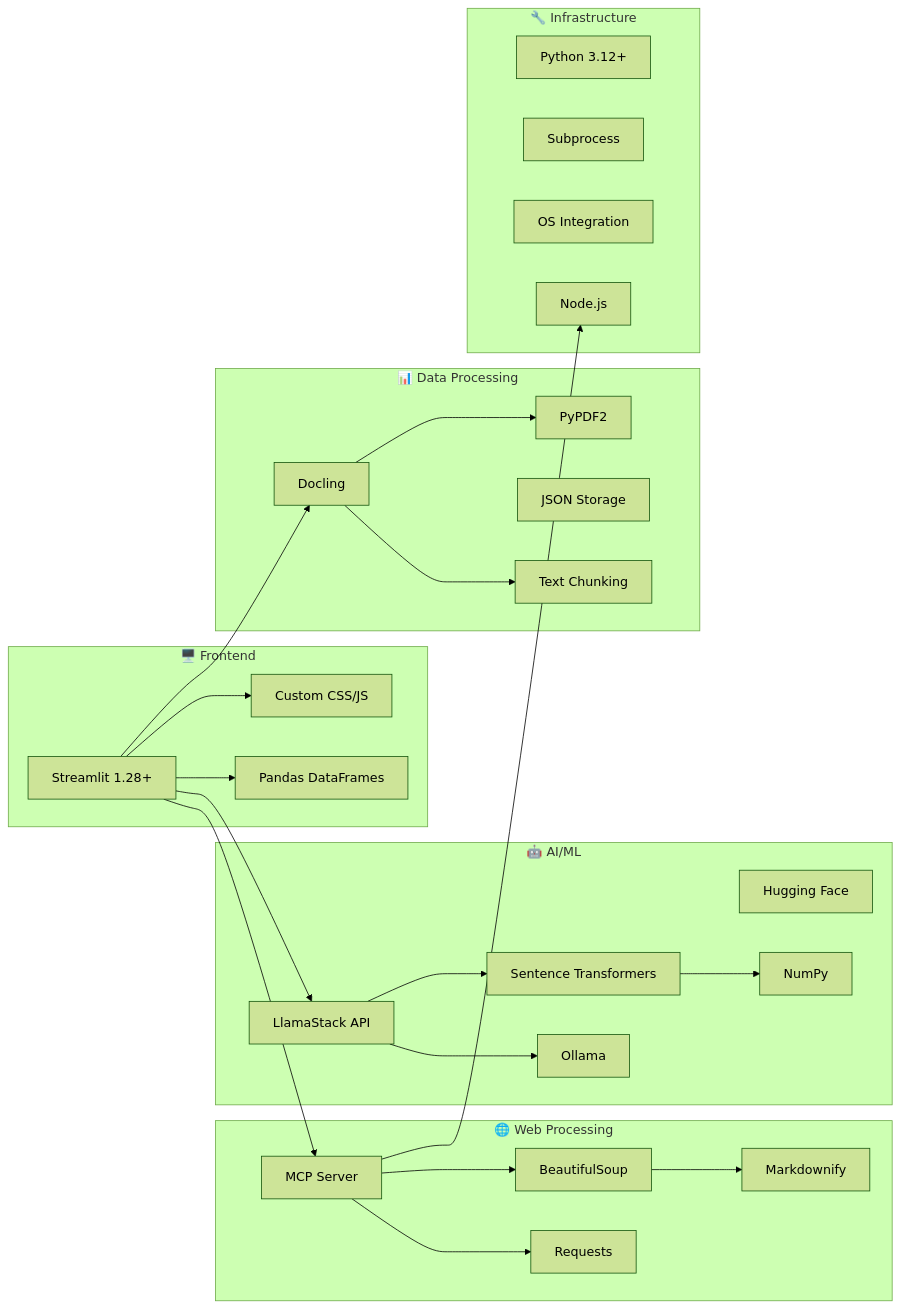
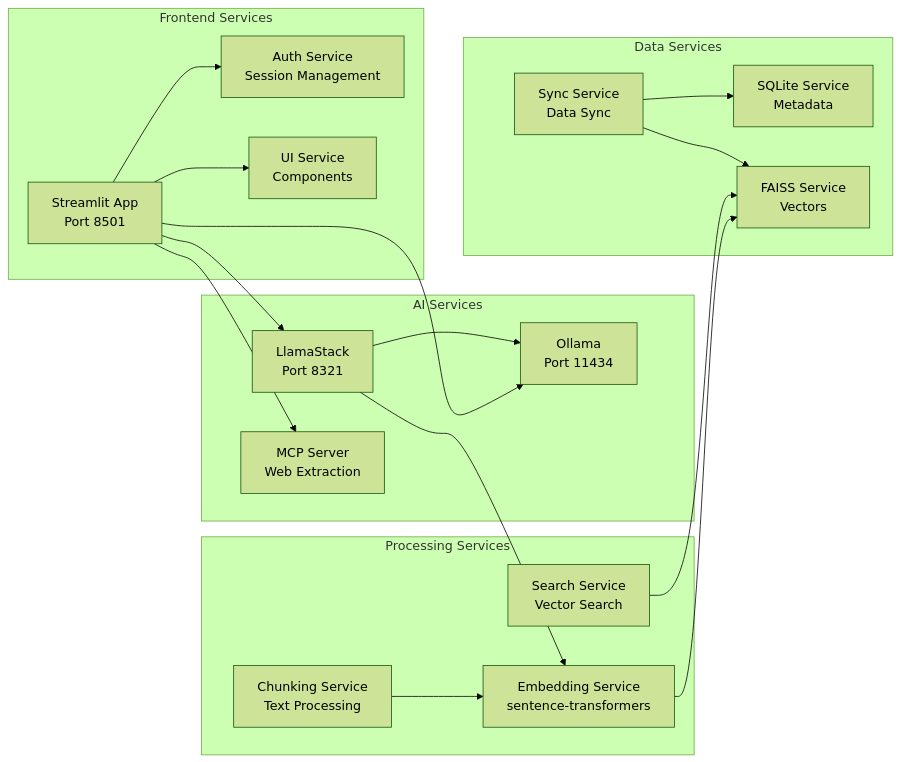
Before and after one commit to abhijeet-dhumal/llama-stack-rag: the fifth of 15 diagrams in README.md, drawn with Mermaid (forest theme). The commit also changed other lines of this file and 3 other files, not shown here.

````diff
--- a/README.md
+++ b/README.md
@@ -218,52 +380,39 @@
 ```mermaid
 graph LR
-    subgraph "🖥️ Frontend"
-        ST[Streamlit 1.28+]
-        CSS[Custom CSS/JS]
-        PD[Pandas DataFrames]
+    subgraph "Frontend Services"
+        STREAMLIT[Streamlit App<br/>Port 8501]
+        AUTH_SERVICE[Auth Service<br/>Session Management]
+        UI_SERVICE[UI Service<br/>Components]
     end
     
-    subgraph "🌐 Web Processing"
-        MCP[MCP Server]
-        BS[BeautifulSoup]
-        REQ[Requests]
-        MD[Markdownify]
+    subgraph "AI Services"
+        LLAMASTACK[LlamaStack<br/>Port 8321]
+        OLLAMA[Ollama<br/>Port 11434]
+        MCP_SERVER[MCP Server<br/>Web Extraction]
     end
     
-    subgraph "🤖 AI/ML"
-        LS[LlamaStack API]
-        ST_EMB[Sentence Transformers]
-        OL[Ollama]
-        HF[Hugging Face]
-        NP[NumPy]
+    subgraph "Data Services"
+        SQLITE_SERVICE[SQLite Service<br/>Metadata]
+        FAISS_SERVICE[FAISS Service<br/>Vectors]
+        SYNC_SERVICE[Sync Service<br/>Data Sync]
     end
     
-    subgraph "📊 Data Processing"
-        DOC[Docling]
-        PDF[PyPDF2]
-        JSON[JSON Storage]
-        CHUNK[Text Chunking]
+    subgraph "Processing Services"
+        EMBED_SERVICE[Embedding Service<br/>sentence-transformers]
+        CHUNK_SERVICE[Chunking Service<br/>Text Processing]
+        SEARCH_SERVICE[Search Service<br/>Vector Search]
     end
     
-    subgraph "🔧 Infrastructure"
-        PY[Python 3.12+]
-        SUB[Subprocess]
-        OS[OS Integration]
-        NODE[Node.js]
-    end
-    
-    ST --> LS
-    ST --> CSS
-    ST --> PD
-    ST --> MCP
-    MCP --> BS
-    MCP --> REQ
-    BS --> MD
-    LS --> ST_EMB
-    LS --> OL
-    ST_EMB --> NP
-    DOC --> PDF
-    DOC --> CHUNK
-    ST --> DOC
-    MCP --> NODE
+    STREAMLIT --> AUTH_SERVICE
+    STREAMLIT --> UI_SERVICE
+    STREAMLIT --> LLAMASTACK
+    STREAMLIT --> OLLAMA
+    STREAMLIT --> MCP_SERVER
+    LLAMASTACK --> OLLAMA
+    LLAMASTACK --> EMBED_SERVICE
+    EMBED_SERVICE --> FAISS_SERVICE
+    CHUNK_SERVICE --> EMBED_SERVICE
+    SEARCH_SERVICE --> FAISS_SERVICE
+    SYNC_SERVICE --> SQLITE_SERVICE
+    SYNC_SERVICE --> FAISS_SERVICE
 ```
````
